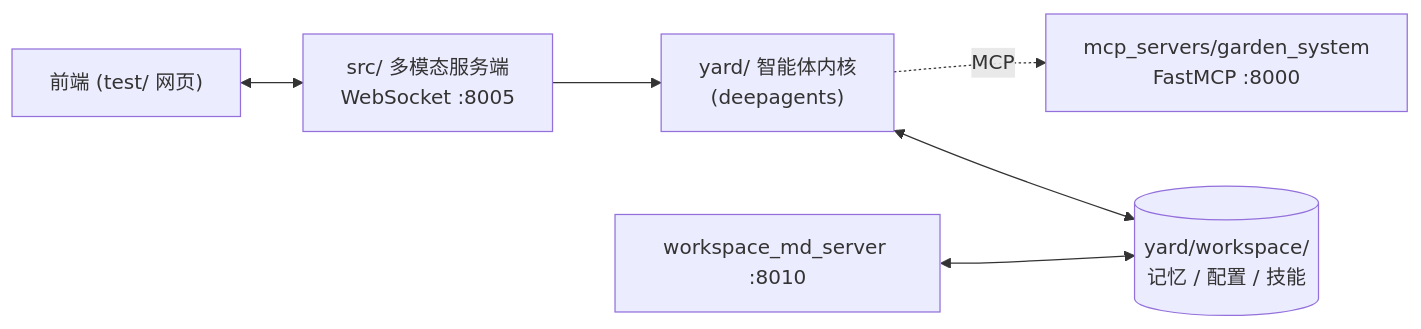
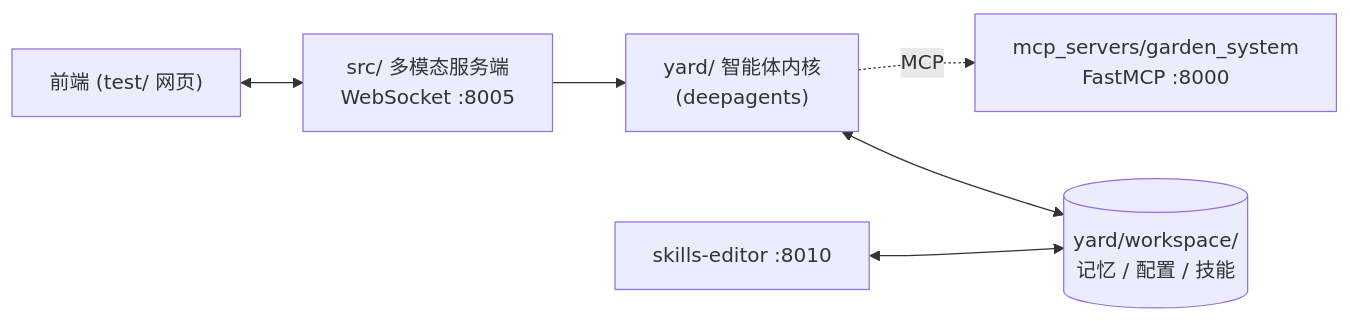
One commit to sunxu42/gardenagent changed the diagram in README.md. Above: the diagram before and after it, drawn with Mermaid. The commit also changed other lines of this file and 2 other files, not shown here.

Commit message:
refine workspace editor wiring

````diff
--- a/README.md
+++ b/README.md
@@ -13,8 +13,8 @@
 ```mermaid
 flowchart LR
     Web["前端 (test/ 网页)"] <--> Src["src/ 多模态服务端<br/>WebSocket :8005"]
     Src --> Yard["yard/ 智能体内核<br/>(deepagents)"]
     Yard -.MCP.-> MCP["mcp_servers/garden_system<br/>FastMCP :8000"]
     Yard <--> Workspace[("yard/workspace/<br/>记忆 / 配置 / 技能")]
-    MdServer["workspace_md_server :8010"] <--> Workspace
+    MdServer["skills-editor :8010"] <--> Workspace
 ```
````
